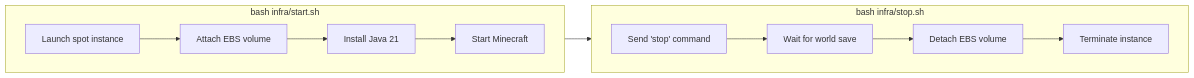
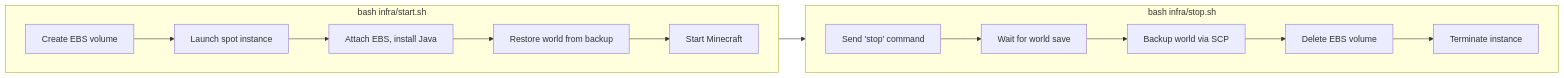
The third of 3 diagrams in README.md (kyleyhw/knot_minecraft), drawn with Mermaid before and after one commit. The commit also changed other lines of this file and 5 other files, not shown here.

First line of the commit message:
Add local hosting, ephemeral EBS, and auto-backup

````diff
--- a/README.md
+++ b/README.md
@@ -36,18 +59,20 @@
 ```mermaid
 graph LR
     subgraph start ["bash infra/start.sh"]
         direction LR
-        S1["Launch spot instance"] --> S2["Attach EBS volume"]
-        S2 --> S3["Install Java 21"]
-        S3 --> S4["Start Minecraft"]
+        S1["Create EBS volume"] --> S2["Launch spot instance"]
+        S2 --> S3["Attach EBS, install Java"]
+        S3 --> S4["Restore world from backup"]
+        S4 --> S5["Start Minecraft"]
     end
 
     subgraph stop ["bash infra/stop.sh"]
         direction LR
         T1["Send 'stop' command"] --> T2["Wait for world save"]
-        T2 --> T3["Detach EBS volume"]
-        T3 --> T4["Terminate instance"]
+        T2 --> T3["Backup world via SCP"]
+        T3 --> T4["Delete EBS volume"]
+        T4 --> T5["Terminate instance"]
     end
 
     start --> stop
 ```
````
